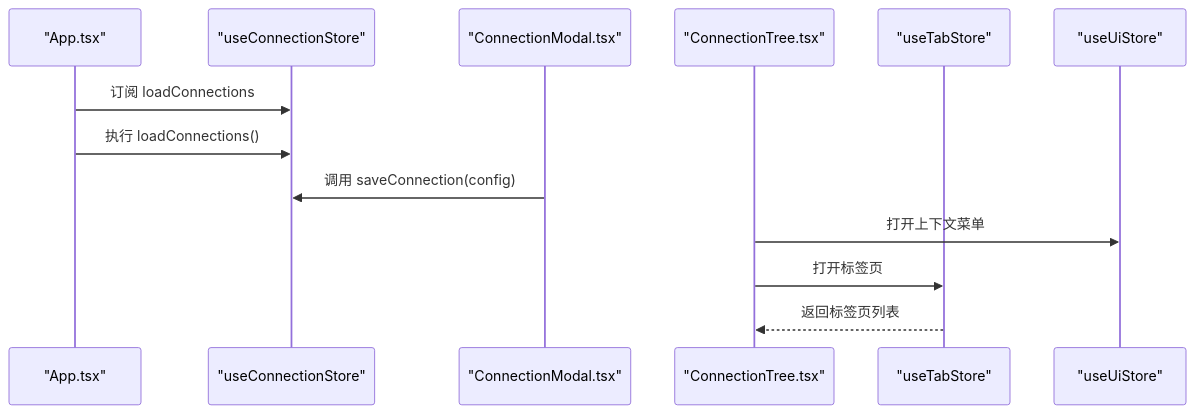
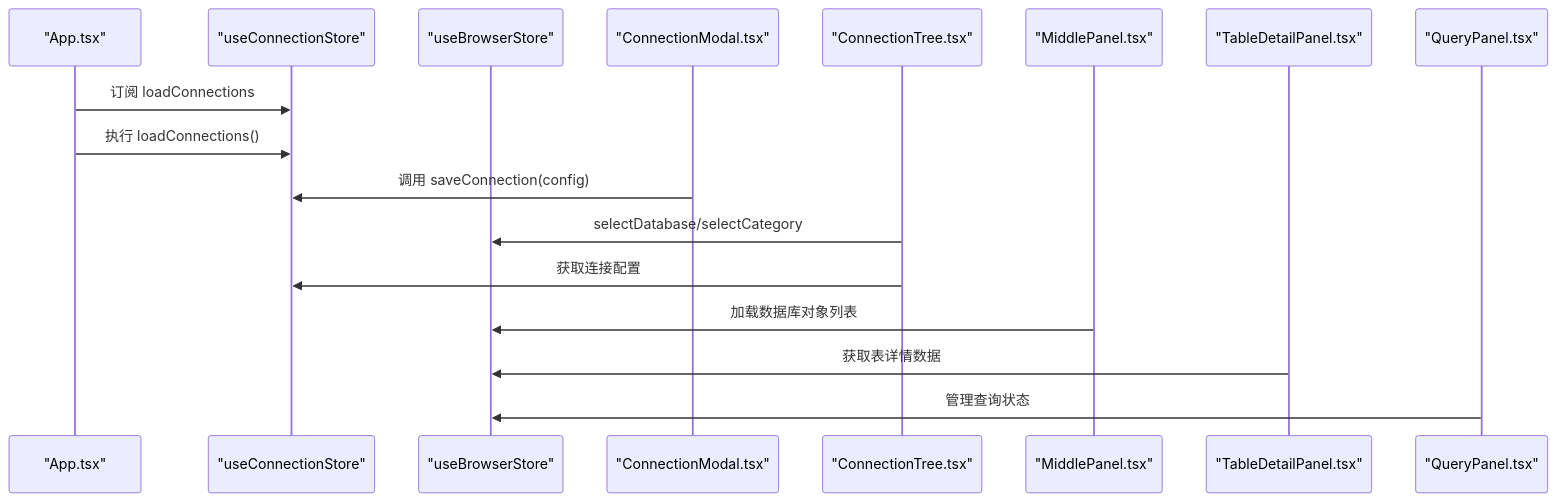
One commit to wwenbo2048/nexsql changed the seventh of 8 diagrams in .qoder/repowiki/zh/content/状态管理/Zustand 集成与最佳实践.md. Above: the diagram before and after it, drawn with Mermaid. The commit also changed other lines of this file and 19 other files, not shown here.

````diff
--- a/.qoder/repowiki/zh/content/状态管理/Zustand 集成与最佳实践.md
+++ b/.qoder/repowiki/zh/content/状态管理/Zustand 集成与最佳实践.md
@@ -239,15 +332,19 @@
 ```mermaid
 sequenceDiagram
 participant App as "App.tsx"
 participant ConnStore as "useConnectionStore"
+participant BrowserStore as "useBrowserStore"
 participant Modal as "ConnectionModal.tsx"
 participant ConnTree as "ConnectionTree.tsx"
-participant TabStore as "useTabStore"
-participant UIStore as "useUiStore"
+participant Middle as "MiddlePanel.tsx"
+participant Detail as "TableDetailPanel.tsx"
+participant Query as "QueryPanel.tsx"
 App->>ConnStore : 订阅 loadConnections
 App->>ConnStore : 执行 loadConnections()
 Modal->>ConnStore : 调用 saveConnection(config)
-ConnTree->>UIStore : 打开上下文菜单
-ConnTree->>TabStore : 打开标签页
-TabStore-->>ConnTree : 返回标签页列表
+ConnTree->>BrowserStore : selectDatabase/selectCategory
+ConnTree->>ConnStore : 获取连接配置
+Middle->>BrowserStore : 加载数据库对象列表
+Detail->>BrowserStore : 获取表详情数据
+Query->>BrowserStore : 管理查询状态
 ```
````
